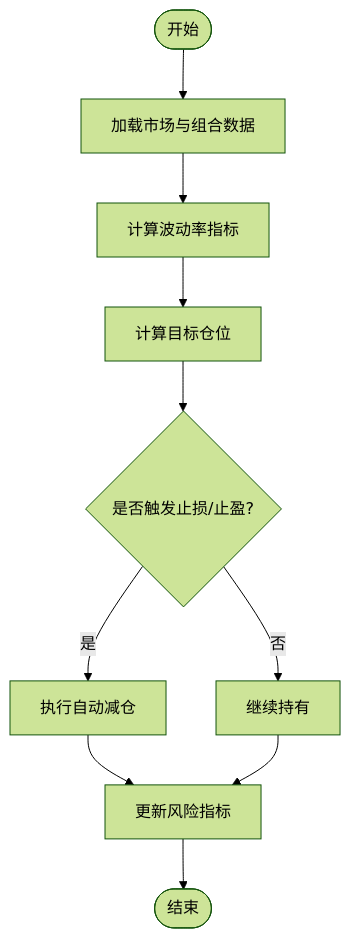
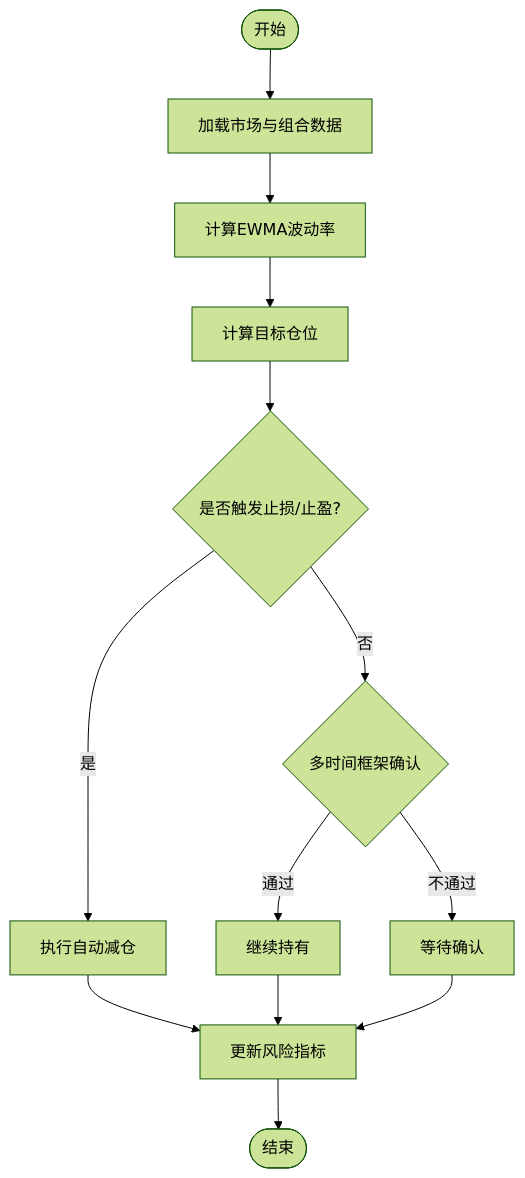
Before and after one commit to anYaoooo/daily_stock_analysis: the third of 8 diagrams in .qoder/repowiki/zh/content/交易策略系统/风险管理.md, drawn with Mermaid (forest theme). The commit also changed other lines of this file and 23 other files, not shown here.

````diff
--- a/.qoder/repowiki/zh/content/交易策略系统/风险管理.md
+++ b/.qoder/repowiki/zh/content/交易策略系统/风险管理.md
@@ -169,12 +201,15 @@
 ```mermaid
 flowchart TD
 Start(["开始"]) --> LoadData["加载市场与组合数据"]
-LoadData --> CalcVol["计算波动率指标"]
+LoadData --> CalcVol["计算EWMA波动率"]
 CalcVol --> PositionSize["计算目标仓位"]
 PositionSize --> StopLoss{"是否触发止损/止盈?"}
 StopLoss --> |是| ReducePos["执行自动减仓"]
-StopLoss --> |否| Continue["继续持有"]
+StopLoss --> |否| CheckAlignment{"多时间框架确认"}
+CheckAlignment --> |通过| Continue["继续持有"]
+CheckAlignment --> |不通过| Wait["等待确认"]
 ReducePos --> UpdateRisk["更新风险指标"]
 Continue --> UpdateRisk
+Wait --> UpdateRisk
 UpdateRisk --> End(["结束"])
 ```
````
